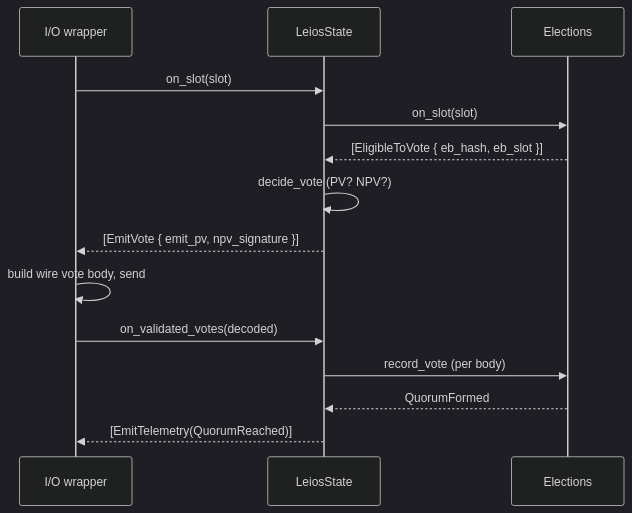
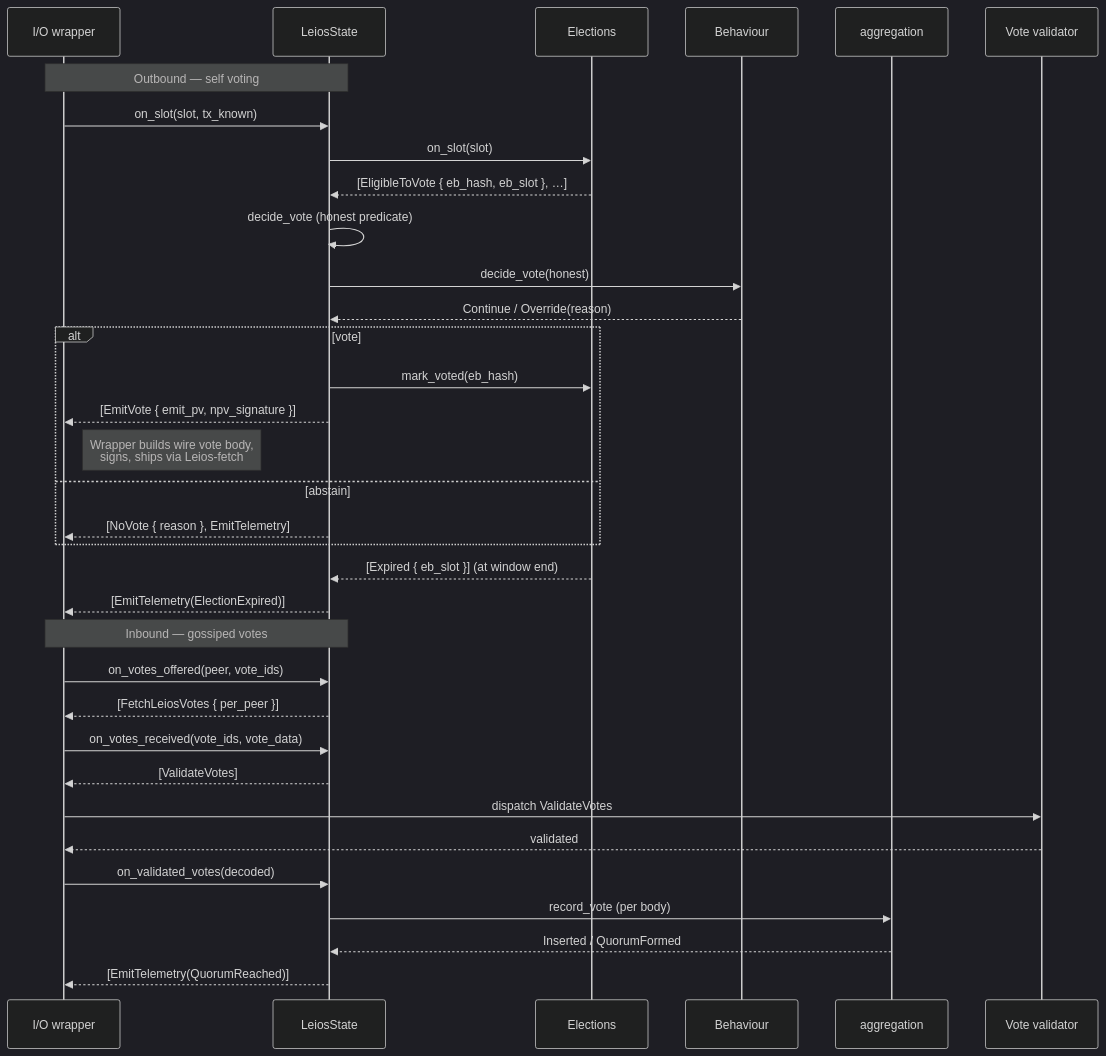
One commit to input-output-hk/ouroboros-leios changed the fifth of 9 diagrams in shared-rs/consensus/README.md. Above: the diagram before and after it, drawn with Mermaid (dark theme). The commit also changed other lines of this file and 2 other files, not shown here.

First line of the commit message:
shared-consensus: refresh README and CLAUDE; document behaviour plugins

````diff
--- a/shared-rs/consensus/README.md
+++ b/shared-rs/consensus/README.md
@@ -98,18 +214,38 @@
 ```mermaid
 sequenceDiagram
     participant Net as I/O wrapper
     participant Leios as LeiosState
-    participant Elections
+    participant El as Elections
+    participant Beh as Behaviour
+    participant Agg as aggregation
+    participant Val as Vote validator
 
-    Net->>Leios: on_slot(slot)
-    Leios->>Elections: on_slot(slot)
-    Elections-->>Leios: [EligibleToVote { eb_hash, eb_slot }]
-    Leios->>Leios: decide_vote (PV? NPV?)
-    Leios-->>Net: [EmitVote { emit_pv, npv_signature }]
-    Net->>Net: build wire vote body, send
+    Note over Net,Leios: Outbound — self voting
+    Net->>Leios: on_slot(slot, tx_known)
+    Leios->>El: on_slot(slot)
+    El-->>Leios: [EligibleToVote { eb_hash, eb_slot }, …]
+    Leios->>Leios: decide_vote (honest predicate)
+    Leios->>Beh: decide_vote(honest)
+    Beh-->>Leios: Continue / Override(reason)
+    alt vote
+        Leios->>El: mark_voted(eb_hash)
+        Leios-->>Net: [EmitVote { emit_pv, npv_signature }]
+        Note right of Net: Wrapper builds wire vote body,<br/>signs, ships via Leios-fetch
+    else abstain
+        Leios-->>Net: [NoVote { reason }, EmitTelemetry]
+    end
+    El-->>Leios: [Expired { eb_slot }] (at window end)
+    Leios-->>Net: [EmitTelemetry(ElectionExpired)]
 
+    Note over Net,Leios: Inbound — gossiped votes
+    Net->>Leios: on_votes_offered(peer, vote_ids)
+    Leios-->>Net: [FetchLeiosVotes { per_peer }]
+    Net->>Leios: on_votes_received(vote_ids, vote_data)
+    Leios-->>Net: [ValidateVotes]
+    Net->>Val: dispatch ValidateVotes
+    Val-->>Net: validated
     Net->>Leios: on_validated_votes(decoded)
-    Leios->>Elections: record_vote (per body)
-    Elections-->>Leios: QuorumFormed
+    Leios->>Agg: record_vote (per body)
+    Agg-->>Leios: Inserted / QuorumFormed
     Leios-->>Net: [EmitTelemetry(QuorumReached)]
 ```
````
